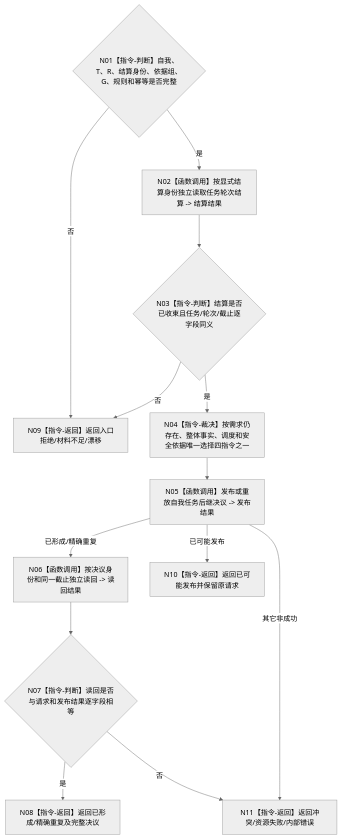
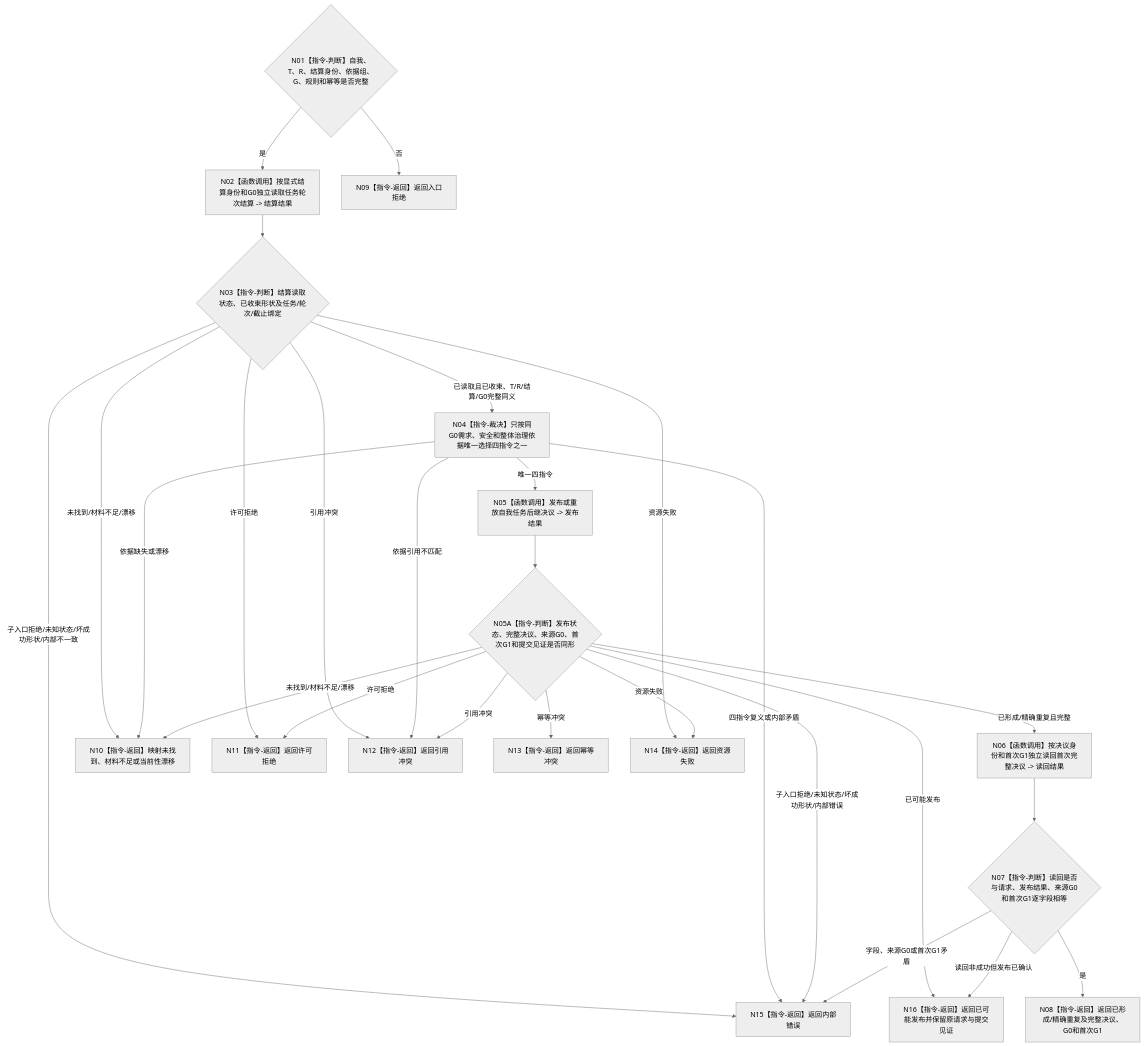
One commit to chunhaizh-cyber/HY-Ego changed the diagram in 流程图/目标业务流程图/L2/BIZ-L2-002-09_形成并读回自我任务后继决议_目标函数流程图_v0.1.md. Above: the diagram before and after it, drawn with Mermaid (neutral theme). The commit also changed other lines of this file and 1 other file, not shown here.

Commit message:
docs: 分账自我任务后继决议截止

````diff
--- a/流程图/目标业务流程图/L2/BIZ-L2-002-09_形成并读回自我任务后继决议_目标函数流程图_v0.1.md
+++ b/流程图/目标业务流程图/L2/BIZ-L2-002-09_形成并读回自我任务后继决议_目标函数流程图_v0.1.md
@@ -29,24 +29,44 @@
 ```mermaid
 flowchart TD
     N01{"N01【指令-判断】自我、T、R、结算身份、依据组、G、规则和幂等是否完整"}
-    N02["N02【函数调用】按显式结算身份独立读取任务轮次结算 -> 结算结果"]
-    N03{"N03【指令-判断】结算是否已收束且任务/轮次/截止逐字段同义"}
-    N04["N04【指令-裁决】按需求仍存在、整体事实、调度和安全依据唯一选择四指令之一"]
+    N02["N02【函数调用】按显式结算身份和G0独立读取任务轮次结算 -> 结算结果"]
+    N03{"N03【指令-判断】结算读取状态、已收束形状及任务/轮次/截止绑定"}
+    N04["N04【指令-裁决】只按同G0需求、安全和整体治理依据唯一选择四指令之一"]
     N05["N05【函数调用】发布或重放自我任务后继决议 -> 发布结果"]
-    N06["N06【函数调用】按决议身份和同一截止独立读回 -> 读回结果"]
-    N07{"N07【指令-判断】读回是否与请求和发布结果逐字段相等"}
-    N08["N08【指令-返回】返回已形成/精确重复及完整决议"]
-    N09["N09【指令-返回】返回入口拒绝/材料不足/漂移"]
-    N10["N10【指令-返回】返回已可能发布并保留原请求"]
-    N11["N11【指令-返回】返回冲突/资源失败/内部错误"]
+    N05A{"N05A【指令-判断】发布状态、完整决议、来源G0、首次G1和提交见证是否同形"}
+    N06["N06【函数调用】按决议身份和首次G1独立读回首次完整决议 -> 读回结果"]
+    N07{"N07【指令-判断】读回是否与请求、发布结果、来源G0和首次G1逐字段相等"}
+    N08["N08【指令-返回】返回已形成/精确重复及完整决议、G0和首次G1"]
+    N09["N09【指令-返回】返回入口拒绝"]
+    N10["N10【指令-返回】映射未找到、材料不足或当前性漂移"]
+    N11["N11【指令-返回】返回许可拒绝"]
+    N12["N12【指令-返回】返回引用冲突"]
+    N13["N13【指令-返回】返回幂等冲突"]
+    N14["N14【指令-返回】返回资源失败"]
+    N15["N15【指令-返回】返回内部错误"]
+    N16["N16【指令-返回】返回已可能发布并保留原请求与提交见证"]
 
     N01 -->|否| N09
     N01 -->|是| N02 --> N03
-    N03 -->|否| N09
-    N03 -->|是| N04 --> N05
-    N05 -->|已形成/精确重复| N06 --> N07
-    N05 -->|已可能发布| N10
-    N05 -->|其它非成功| N11
+    N03 -->|已读取且已收束、T/R/结算/G0完整同义| N04
+    N03 -->|未找到/材料不足/漂移| N10
+    N03 -->|许可拒绝| N11
+    N03 -->|引用冲突| N12
+    N03 -->|资源失败| N14
+    N03 -->|子入口拒绝/未知状态/坏成功形状/内部不一致| N15
+    N04 -->|唯一四指令| N05 --> N05A
+    N04 -->|依据缺失或漂移| N10
+    N04 -->|依据引用不匹配| N12
+    N04 -->|四指令复义或内部矛盾| N15
+    N05A -->|已形成/精确重复且完整| N06 --> N07
+    N05A -->|未找到/材料不足/漂移| N10
+    N05A -->|许可拒绝| N11
+    N05A -->|引用冲突| N12
+    N05A -->|幂等冲突| N13
+    N05A -->|资源失败| N14
+    N05A -->|已可能发布| N16
+    N05A -->|子入口拒绝/未知状态/坏成功形状/内部错误| N15
     N07 -->|是| N08
-    N07 -->|否| N11
+    N07 -->|读回非成功但发布已确认| N16
+    N07 -->|字段、来源G0或首次G1矛盾| N15
 ```
````
